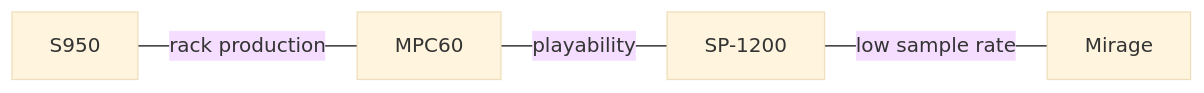
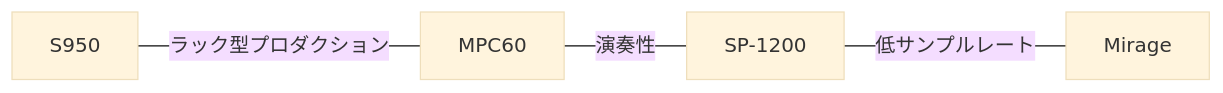
The third of 21 diagrams in en/_posts/2025-11-20-column-akai-mpc-60-emu-sp1200.md (monumental-movement/monumental-movement.github.io), drawn with Mermaid (base theme) before and after one commit. The commit also changed other lines of this file and 2196 other files, not shown here.

```diff
--- a/en/_posts/2025-11-20-column-akai-mpc-60-emu-sp1200.md
+++ b/en/_posts/2025-11-20-column-akai-mpc-60-emu-sp1200.md
@@ -254,13 +254,13 @@
 <div class="mermaid">
     
 flowchart LR
   SP["SP-1200"]
   MPC["MPC60"]
   S950["S950"]
   Mirage["Mirage"]
   
-  SP ---|low sample rate| Mirage
-  MPC ---|playability| SP
-  S950 ---|rack production| MPC
+  SP ---|低サンプルレート| Mirage
+  MPC ---|演奏性| SP
+  S950 ---|ラック型プロダクション| MPC
 
 </div> 
```
